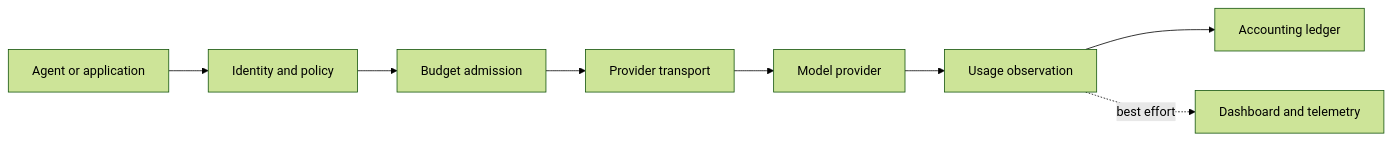
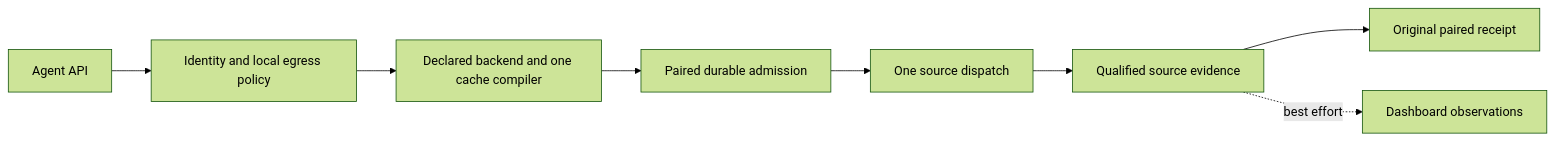
The diagram in docs/index.md (anvai-labs/sandhi), drawn with Mermaid (forest theme) before and after one commit. The commit also changed other lines of this file and 108 other files, not shown here.

````diff
--- a/docs/index.md
+++ b/docs/index.md
@@ -69,10 +79,10 @@
 ```mermaid
 flowchart LR
-    A[Agent or application] --> B[Identity and policy]
-    B --> C[Budget admission]
-    C --> D[Provider transport]
-    D --> E[Model provider]
-    E --> F[Usage observation]
-    F --> G[Accounting ledger]
-    F -. best effort .-> H[Dashboard and telemetry]
+    A[Agent API] --> B[Identity and local egress policy]
+    B --> C[Declared backend and one cache compiler]
+    C --> D[Paired durable admission]
+    D --> E[One source dispatch]
+    E --> F[Qualified source evidence]
+    F --> G[Original paired receipt]
+    F -. best effort .-> H[Dashboard observations]
 ```
````
